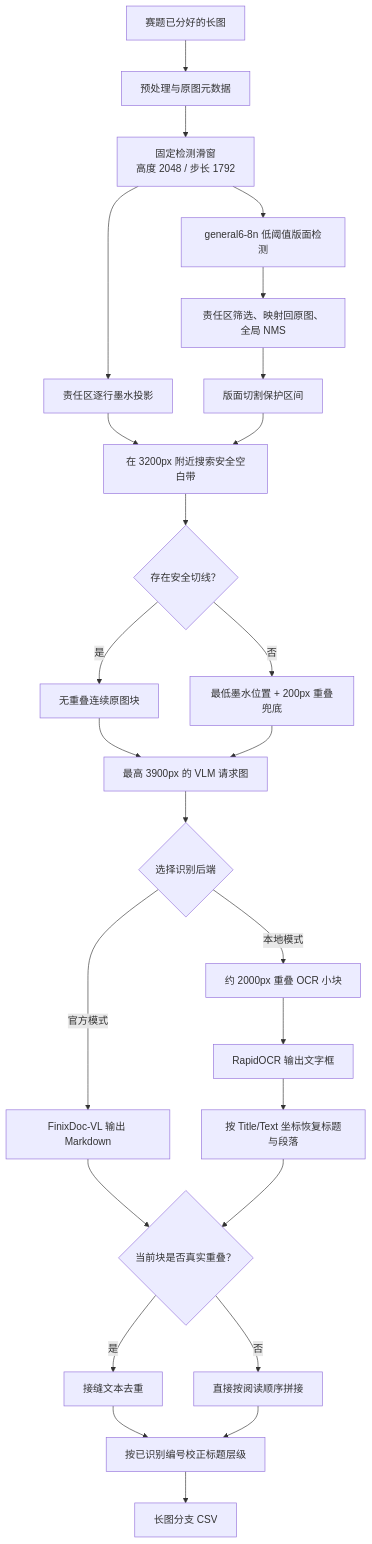
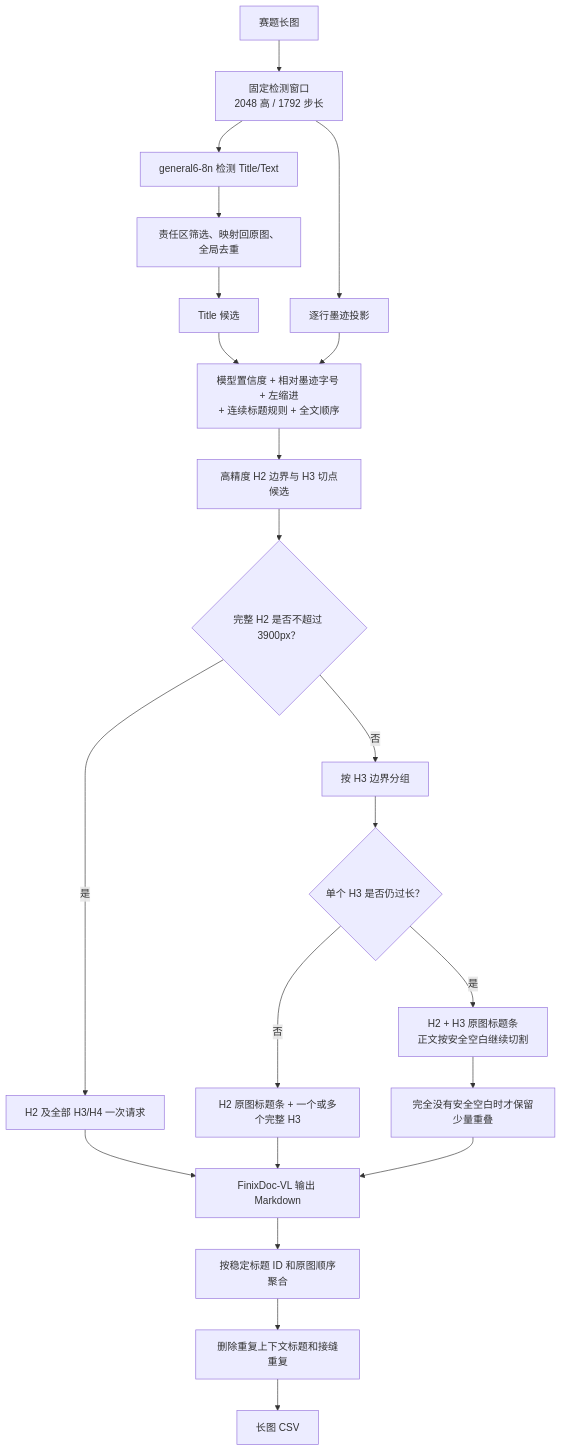
The diagram in afac_pipeline/long/README.md (AAAXXS-0/CAFA6202), drawn with Mermaid before and after one commit. The commit also changed other lines of this file and 12 other files, not shown here.

````diff
--- a/afac_pipeline/long/README.md
+++ b/afac_pipeline/long/README.md
@@ -5,28 +7,24 @@
 ```mermaid
 flowchart TD
-    A["赛题已分好的长图"] --> B["预处理与原图元数据"]
-    B --> C["固定检测滑窗<br/>高度 2048 / 步长 1792"]
-    C --> D["general6-8n 低阈值版面检测"]
-    D --> E["责任区筛选、映射回原图、全局 NMS"]
-    C --> F["责任区逐行墨水投影"]
-    E --> G["版面切割保护区间"]
-    F --> H["在 3200px 附近搜索安全空白带"]
-    G --> H
-    H --> I{"存在安全切线？"}
-    I -- "是" --> J["无重叠连续原图块"]
-    I -- "否" --> K["最低墨水位置 + 200px 重叠兜底"]
-    J --> L["最高 3900px 的 VLM 请求图"]
-    K --> L
-    L --> M{"选择识别后端"}
-    M -- "官方模式" --> V["FinixDoc-VL 输出 Markdown"]
-    M -- "本地模式" --> S["约 2000px 重叠 OCR 小块"]
-    S --> T["RapidOCR 输出文字框"]
-    T --> U["按 Title/Text 坐标恢复标题与段落"]
-    V --> N{"当前块是否真实重叠？"}
-    U --> N
-    N -- "是" --> O["接缝文本去重"]
-    N -- "否" --> P["直接按阅读顺序拼接"]
-    O --> Q["按已识别编号校正标题层级"]
-    P --> Q
-    Q --> R["长图分支 CSV"]
+    A["赛题长图"] --> B["固定检测窗口<br/>2048 高 / 1792 步长"]
+    B --> C["general6-8n 检测 Title/Text"]
+    C --> D["责任区筛选、映射回原图、全局去重"]
+    B --> E["逐行墨迹投影"]
+    D --> F["Title 候选"]
+    F --> G["模型置信度 + 相对墨迹字号 + 左缩进<br/>+ 连续标题规则 + 全文顺序"]
+    E --> G
+    G --> H["高精度 H2 边界与 H3 切点候选"]
+    H --> I{"完整 H2 是否不超过 3900px？"}
+    I -- "是" --> J["H2 及全部 H3/H4 一次请求"]
+    I -- "否" --> K["按 H3 边界分组"]
+    K --> L{"单个 H3 是否仍过长？"}
+    L -- "否" --> M["H2 原图标题条 + 一个或多个完整 H3"]
+    L -- "是" --> N["H2 + H3 原图标题条<br/>正文按安全空白继续切割"]
+    N --> O["完全没有安全空白时才保留少量重叠"]
+    J --> P["FinixDoc-VL 输出 Markdown"]
+    M --> P
+    O --> P
+    P --> Q["按稳定标题 ID 和原图顺序聚合"]
+    Q --> R["删除重复上下文标题和接缝重复"]
+    R --> S["长图 CSV"]
 ```
````
